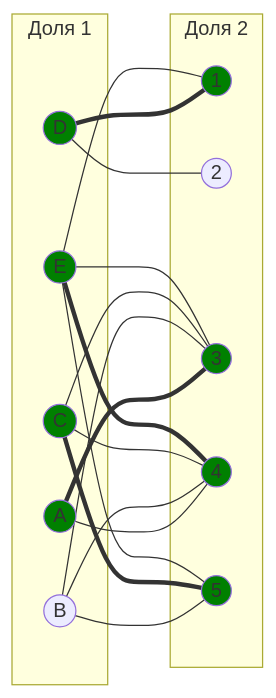
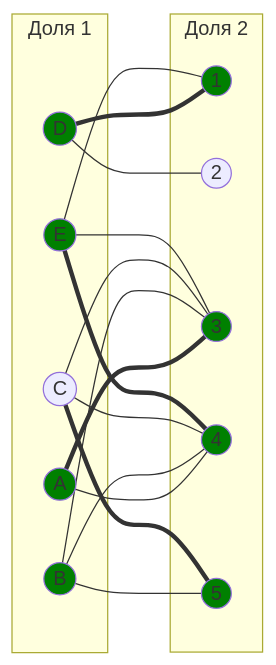
One commit to hse-algo-psapr-25/manual-tasks changed the eighth of 10 diagrams in Задание 14/qwerty.md. Above: the diagram before and after it, drawn with Mermaid. The commit also changed other lines of this file, not shown here.

````diff
--- a/Задание 14/qwerty.md
+++ b/Задание 14/qwerty.md
@@ -327,40 +327,39 @@
 ```mermaid
 graph LR
     subgraph "Доля 1"
         A((A))
         B((B))
         C((C))
         D((D))
         E((E))
     end
     subgraph "Доля 2"
         1((1))
         2((2))
         3((3))
         4((4))
         5((5))
     end
     A === 3
     A --- 4
     B --- 3
     B --- 4
     B --- 5
     C --- 3
     C --- 4
     C === 5
     D === 1
     D --- 2
     E --- 1
     E --- 3
     E === 4
-    E --- 5
 
     style A fill:#008000
-    style C fill:#008000
+    style B fill:#008000
     style D fill:#008000
     style E fill:#008000
     style 1 fill:#008000
     style 3 fill:#008000
     style 4 fill:#008000
     style 5 fill:#008000
 ```
````
